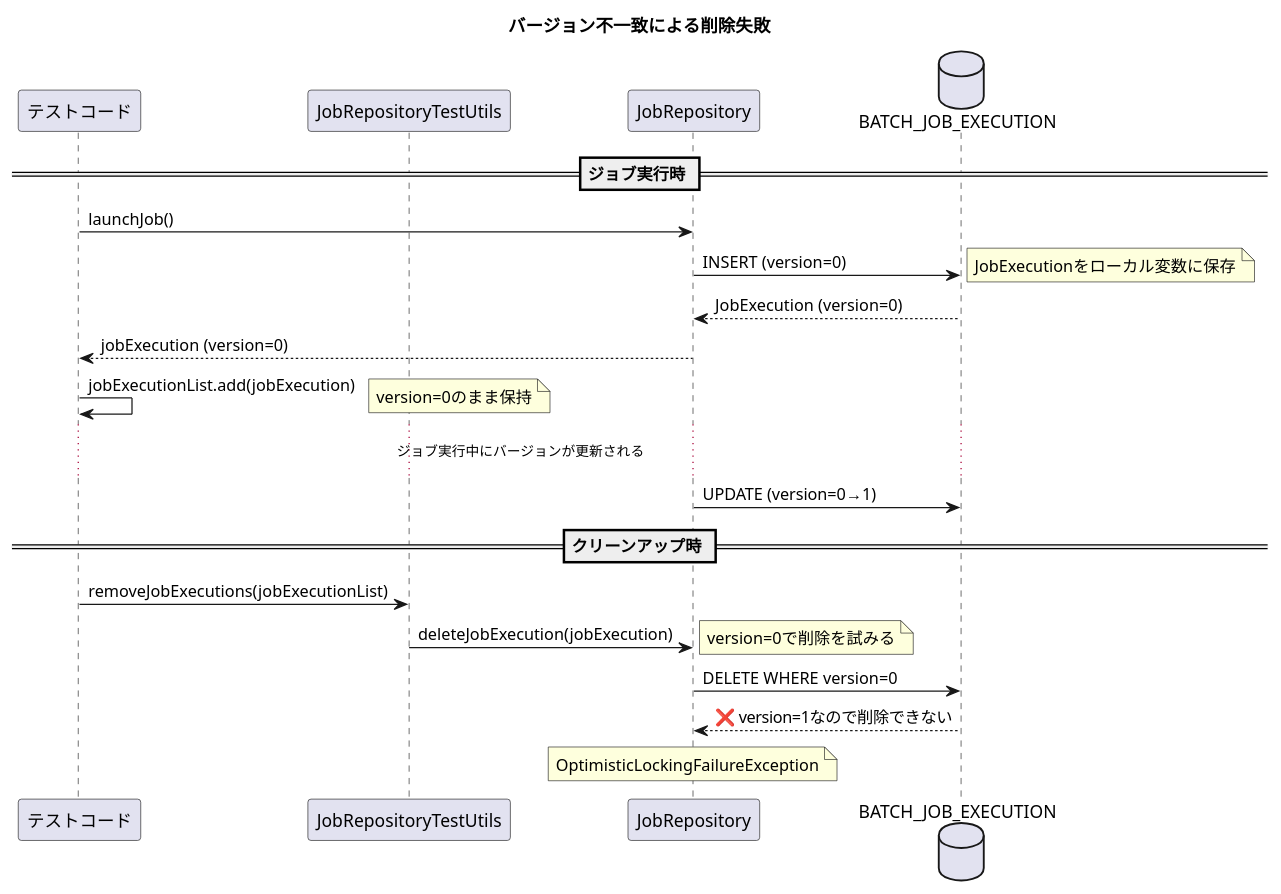
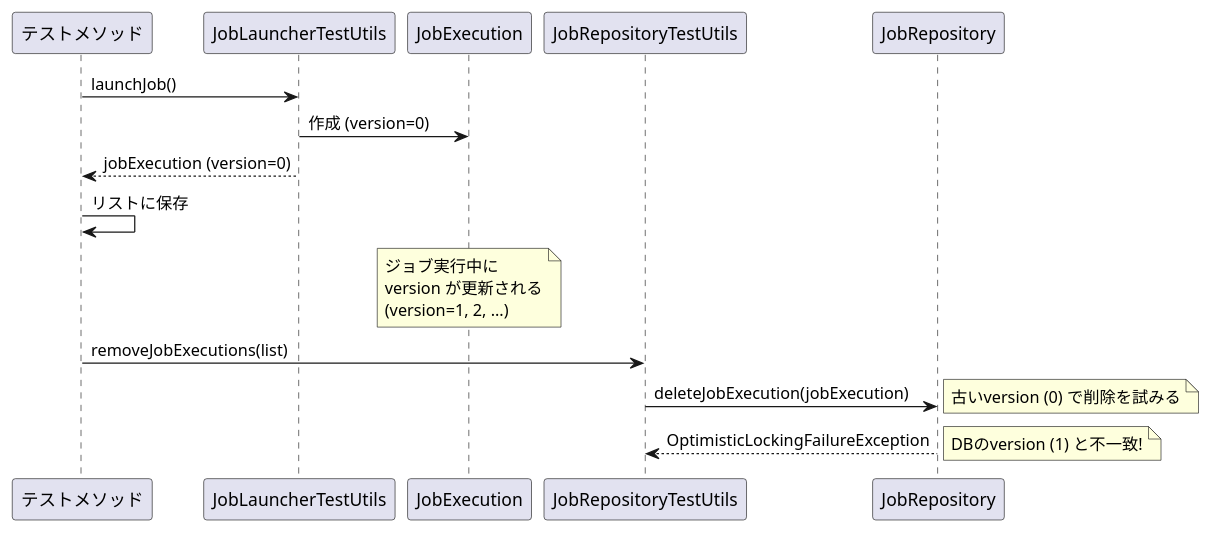
One commit to mochimoching/github_issue_translate changed the first of 2 diagrams in output/spring-batch/6.0.2/all/current/markdown/issues_summary/issue_5161.md. Above: the diagram before and after it, drawn with PlantUML. The commit also changed other lines of this file and 63 other files, not shown here.

````diff
--- a/output/spring-batch/6.0.2/all/current/markdown/issues_summary/issue_5161.md
+++ b/output/spring-batch/6.0.2/all/current/markdown/issues_summary/issue_5161.md
@@ -13,33 +11,24 @@
 ```plantuml
 @startuml
-title バージョン不一致による削除失敗
-
-participant "テストコード" as Test
+participant "テストメソッド" as Test
+participant "JobLauncherTestUtils" as Launcher
+participant "JobExecution" as Exec
 participant "JobRepositoryTestUtils" as Utils
 participant "JobRepository" as Repo
-database "BATCH_JOB_EXECUTION" as DB
 
-== ジョブ実行時 ==
-Test -> Repo: launchJob()
-Repo -> DB: INSERT (version=0)
-note right: JobExecutionをローカル変数に保存
-DB --> Repo: JobExecution (version=0)
-Repo --> Test: jobExecution (version=0)
+Test -> Launcher: launchJob()
+Launcher -> Exec: 作成 (version=0)
+Launcher --> Test: jobExecution (version=0)
+Test -> Test: リストに保存
 
-Test -> Test: jobExecutionList.add(jobExecution)
-note right: version=0のまま保持
+note over Exec: ジョブ実行中に\nversion が更新される\n(version=1, 2, ...)
 
-... ジョブ実行中にバージョンが更新される ...
+Test -> Utils: removeJobExecutions(list)
+Utils -> Repo: deleteJobExecution(jobExecution)
+note right: 古いversion (0) で削除を試みる
 
-Repo -> DB: UPDATE (version=0→1)
-
-== クリーンアップ時 ==
-Test -> Utils: removeJobExecutions(jobExecutionList)
-Utils -> Repo: deleteJobExecution(jobExecution)
-note right: version=0で削除を試みる
-Repo -> DB: DELETE WHERE version=0
-DB --> Repo: ❌ version=1なので削除できない
-note over Repo: OptimisticLockingFailureException
+Repo --> Utils: OptimisticLockingFailureException
+note right: DBのversion (1) と不一致!
 
 @enduml
 ```
````
